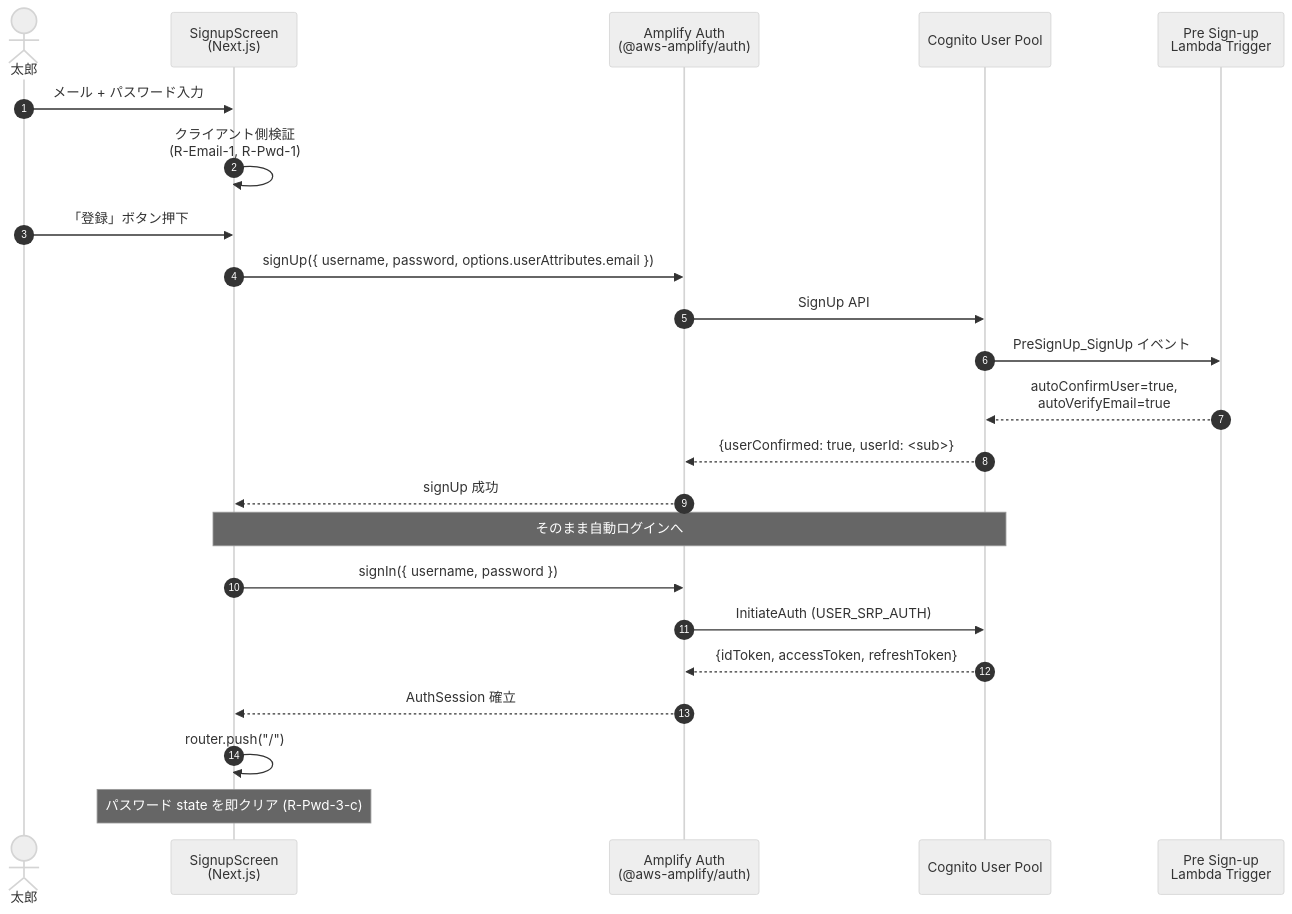
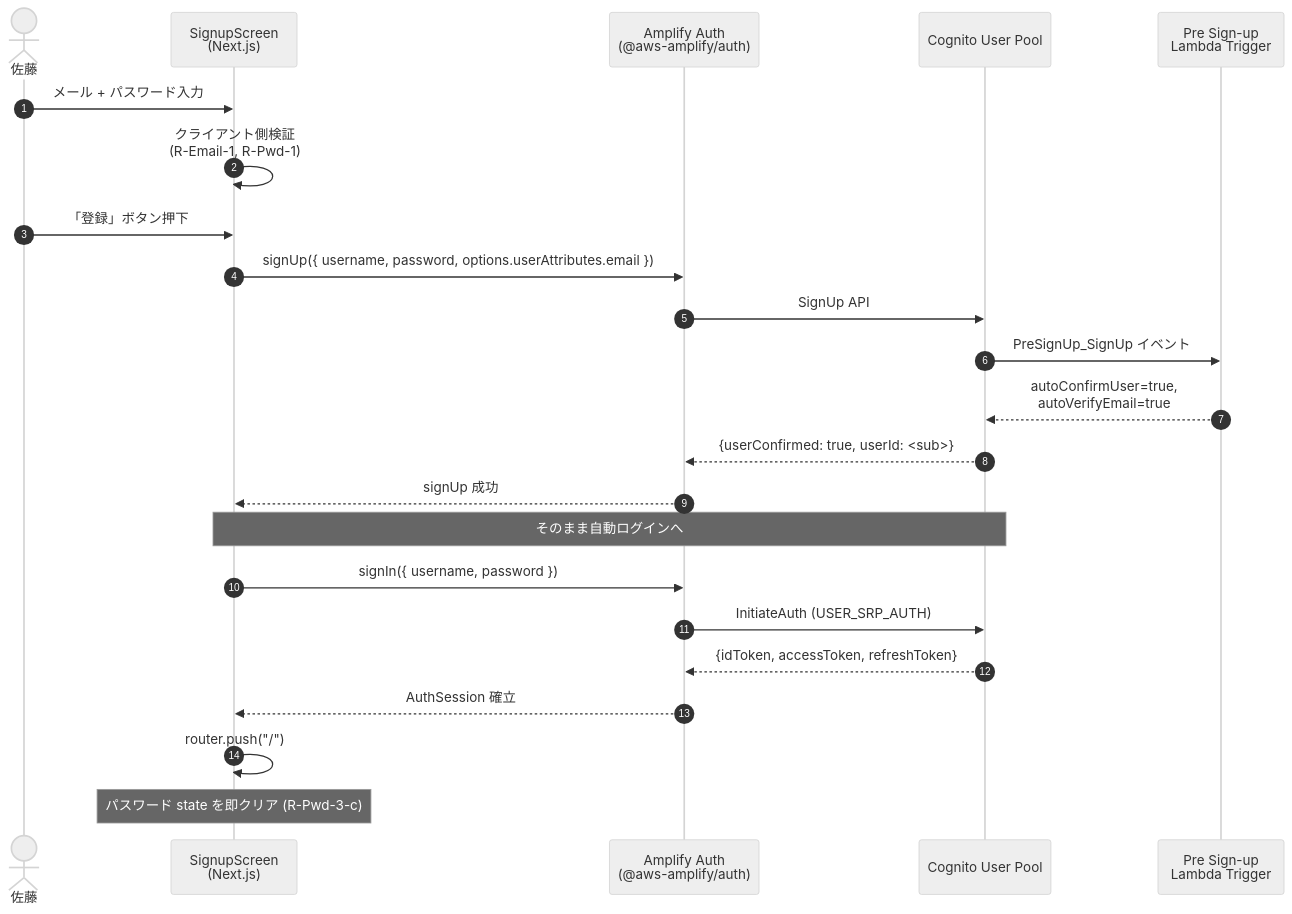
Before and after one commit to ryotinjpn/goro2pay: the first of 6 diagrams in aidlc-docs/construction/auth/functional-design/business-logic-model.md, drawn with Mermaid (neutral theme). The commit also changed other lines of this file and 15 other files, not shown here.

````diff
--- a/aidlc-docs/construction/auth/functional-design/business-logic-model.md
+++ b/aidlc-docs/construction/auth/functional-design/business-logic-model.md
@@ -69,29 +69,29 @@
 ```mermaid
 sequenceDiagram
     autonumber
-    actor User as 太郎
+    actor User as 佐藤
     participant UI as SignupScreen<br/>(Next.js)
     participant Auth as Amplify Auth<br/>(@aws-amplify/auth)
     participant Cog as Cognito User Pool
     participant PreSU as Pre Sign-up<br/>Lambda Trigger
 
     User->>UI: メール + パスワード入力
     UI->>UI: クライアント側検証<br/>(R-Email-1, R-Pwd-1)
     User->>UI: 「登録」ボタン押下
     UI->>Auth: signUp({ username, password, options.userAttributes.email })
     Auth->>Cog: SignUp API
     Cog->>PreSU: PreSignUp_SignUp イベント
     PreSU-->>Cog: autoConfirmUser=true,<br/>autoVerifyEmail=true
     Cog-->>Auth: {userConfirmed: true, userId: <sub>}
     Auth-->>UI: signUp 成功
 
     Note over UI,Cog: そのまま自動ログインへ
 
     UI->>Auth: signIn({ username, password })
     Auth->>Cog: InitiateAuth (USER_SRP_AUTH)
     Cog-->>Auth: {idToken, accessToken, refreshToken}
     Auth-->>UI: AuthSession 確立
     UI->>UI: router.push("/")
 
     Note over UI: パスワード state を即クリア (R-Pwd-3-c)
 ```
````
